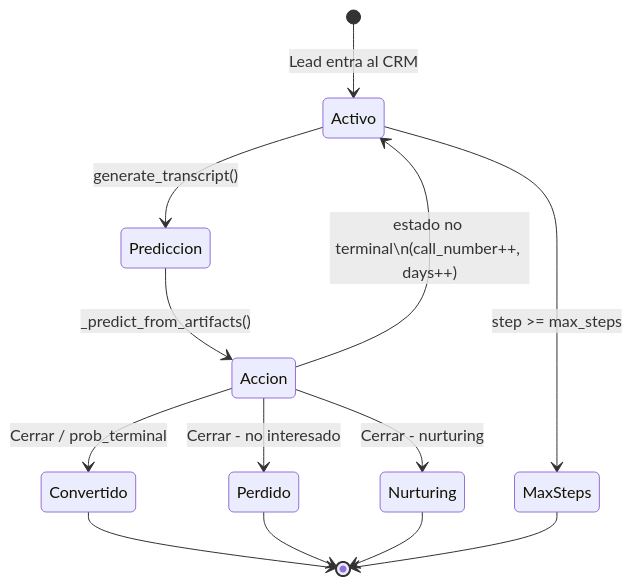
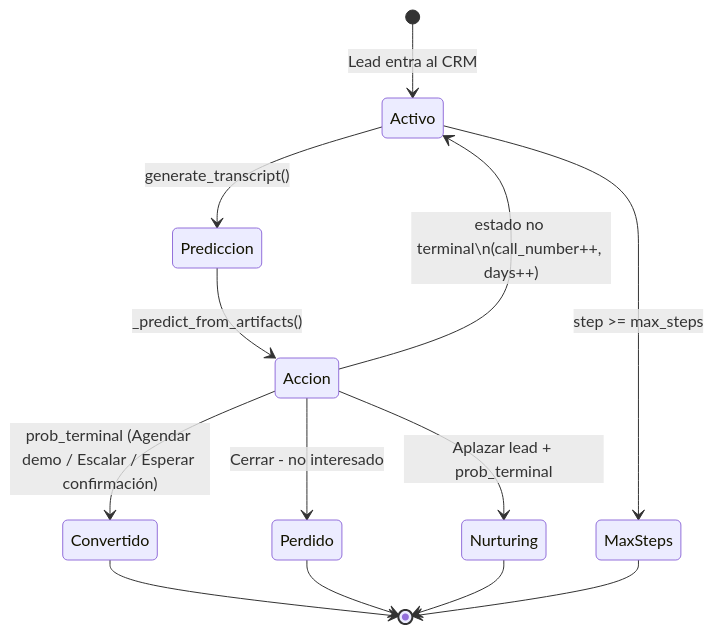
The third of 4 diagrams in docs/architecture.md (juanleal14/TFM-Asistente-leads-automatizar-CRM), drawn with Mermaid before and after one commit. The commit also changed other lines of this file and 16 other files, not shown here.

````diff
--- a/docs/architecture.md
+++ b/docs/architecture.md
@@ -129,18 +129,18 @@
 ```mermaid
 stateDiagram-v2
     [*] --> Activo : Lead entra al CRM
 
     Activo --> Prediccion : generate_transcript()
     Prediccion --> Accion : _predict_from_artifacts()
     Accion --> Activo : estado no terminal\n(call_number++, days++)
 
-    Accion --> Convertido : Cerrar / prob_terminal
+    Accion --> Convertido : prob_terminal (Agendar demo / Escalar / Esperar confirmación)
     Accion --> Perdido : Cerrar - no interesado
-    Accion --> Nurturing : Cerrar - nurturing
+    Accion --> Nurturing : Aplazar lead + prob_terminal
     Activo --> MaxSteps : step >= max_steps
 
     Convertido --> [*]
     Perdido --> [*]
     Nurturing --> [*]
     MaxSteps --> [*]
 ```
````
